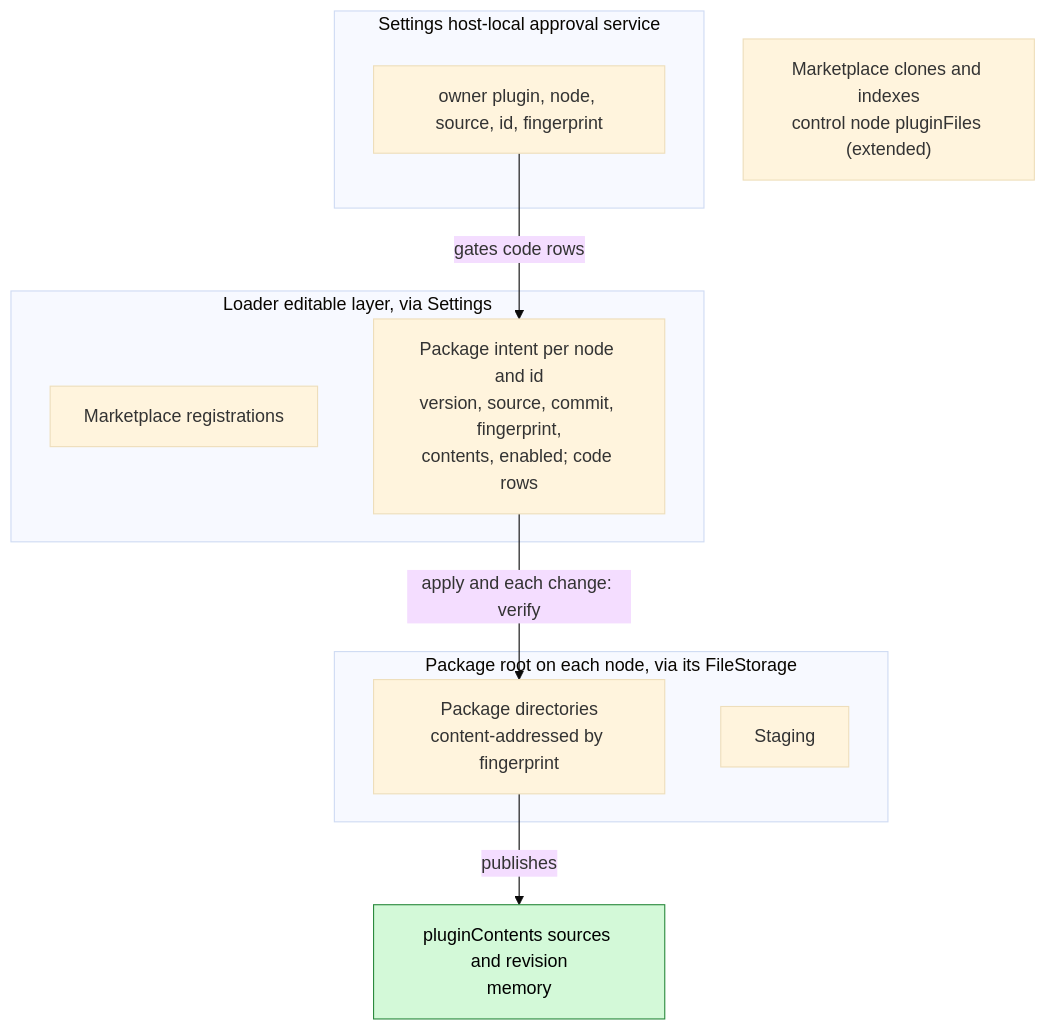
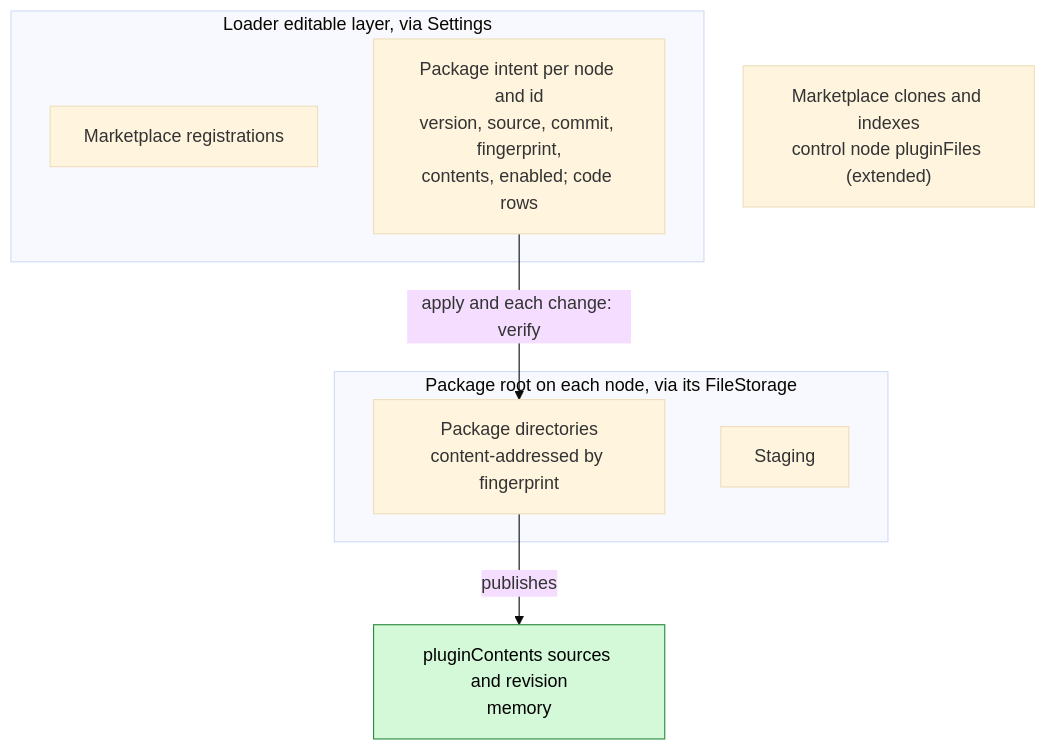
The second of 6 diagrams in docs/design/plugins/PluginManager.md (CoutinhoTTS/dim-agent), drawn with Mermaid (base theme) before and after one commit. The commit also changed other lines of this file and 40 other files, not shown here.

First line of the commit message:
docs(design): event-driven Goal, no host-local approval, review fixes

````diff
--- a/docs/design/plugins/PluginManager.md
+++ b/docs/design/plugins/PluginManager.md
@@ -44,20 +43,16 @@
 ```mermaid
 flowchart TB
   subgraph LEL["Loader editable layer, via Settings"]
     MK["Marketplace registrations"]
     PR["Package intent per node and id<br/>version, source, commit, fingerprint,<br/>contents, enabled; code rows"]
-  end
-  subgraph HLA["Settings host-local approval service"]
-    AP["owner plugin, node, source, id, fingerprint"]
   end
   subgraph PS["Package root on each node, via its FileStorage"]
     PKG["Package directories<br/>content-addressed by fingerprint"]
     STG["Staging"]
   end
   CACHE["Marketplace clones and indexes<br/>control node pluginFiles (extended)"]
   MEM["pluginContents sources and revision<br/>memory"]:::new
   PR -->|"apply and each change: verify"| PKG
   PKG -->|"publishes"| MEM
-  AP -->|"gates code rows"| PR
   classDef new fill:#d3f9d8,stroke:#2b8a3e,color:#000
 ```
````
